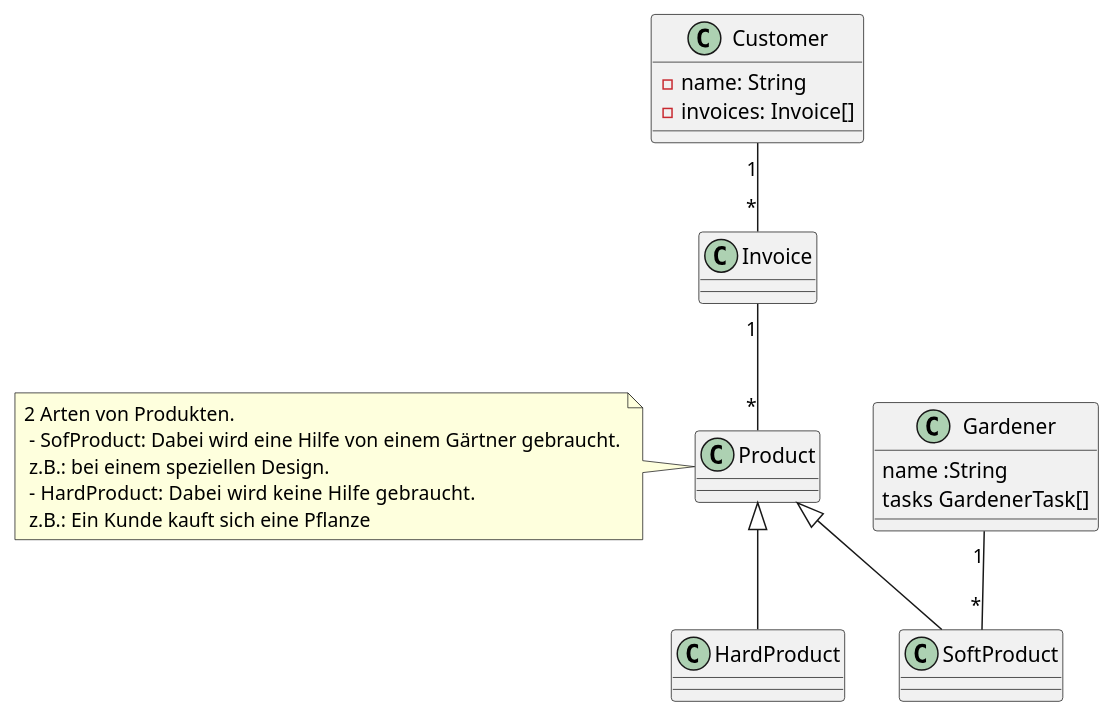
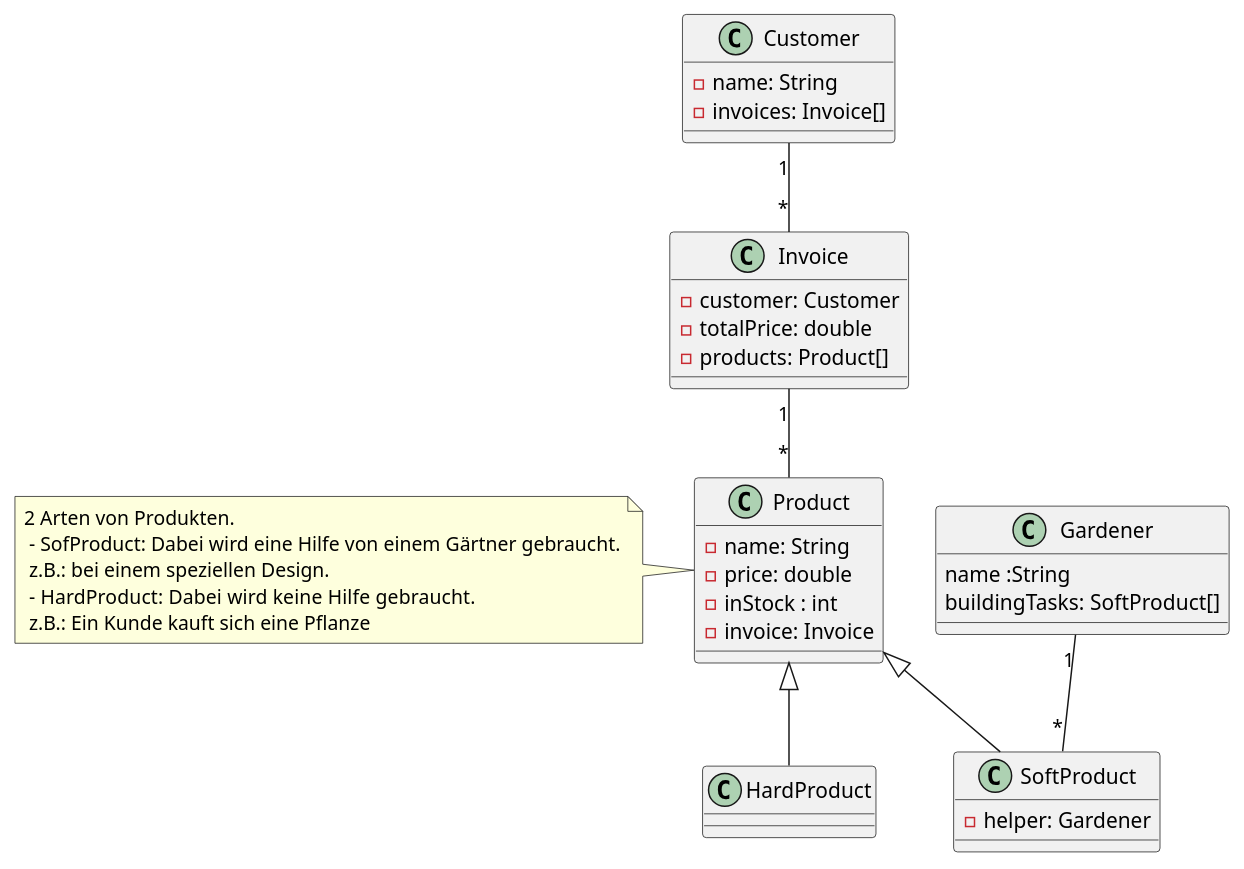
The diagram in asciidocs/plantuml/cld.puml (2223-4bhitm-sew/01-microproject-Abdulrahman-AL-Sabagh), drawn with PlantUML before and after one commit. The commit also changed 2 other files, not shown here.

```diff
--- a/asciidocs/plantuml/cld.puml
+++ b/asciidocs/plantuml/cld.puml
@@ -1,27 +1,38 @@
 @startuml
 class Customer {
     - name: String
     - invoices: Invoice[]
 }
 
 class Gardener {
     name :String
-    tasks GardenerTask[]
+    buildingTasks: SoftProduct[]
 
 }
 
 
 
-class Customer  {}
-class Product {}
+class Product {
+    - name: String
+    - price: double
+    - inStock : int
+    - invoice: Invoice
+}
 note left: 2 Arten von Produkten. \n - SofProduct: Dabei wird eine Hilfe von einem Gärtner gebraucht.\n z.B.: bei einem speziellen Design. \n - HardProduct: Dabei wird keine Hilfe  gebraucht. \n z.B.: Ein Kunde kauft sich eine Pflanze
 
-class SoftProduct extends Product
+class SoftProduct extends Product {
+    - helper: Gardener
+}
 class HardProduct extends Product
-class Invoice
+class Invoice {
+     - customer: Customer
+     - totalPrice: double
+     - products: Product[]
+
+}
 class Gardener
 
 Gardener "1" -- "*" SoftProduct
 Invoice "1" -- "*" Product
 Customer "1" -- "*" Invoice
 @enduml
```
